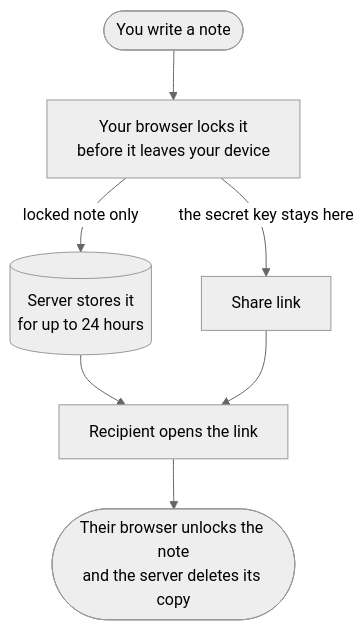
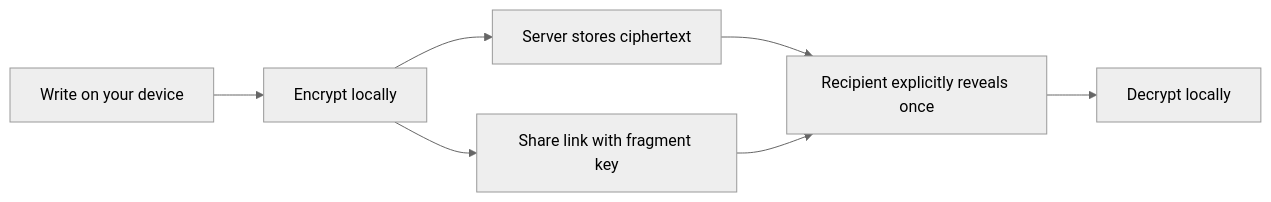
Before and after one commit to nxfu/binthere: the diagram in README.md, drawn with Mermaid (neutral theme). The commit also changed other lines of this file and 9 other files, not shown here.

````diff
--- a/README.md
+++ b/README.md
@@ -60,9 +54,9 @@
 ```mermaid
-flowchart TD
-    A([You write a note]) --> B[Your browser locks it<br/>before it leaves your device]
-    B -->|locked note only| C[(Server stores it<br/>for up to 24 hours)]
-    B -->|the secret key stays here| D[Share link]
-    C --> E[Recipient opens the link]
+flowchart LR
+    A[Write on your device] --> B[Encrypt locally]
+    B --> C[Server stores ciphertext]
+    B --> D[Share link with fragment key]
+    C --> E[Recipient explicitly reveals once]
     D --> E
-    E --> F([Their browser unlocks the note<br/>and the server deletes its copy])
+    E --> F[Decrypt locally]
 ```
````
